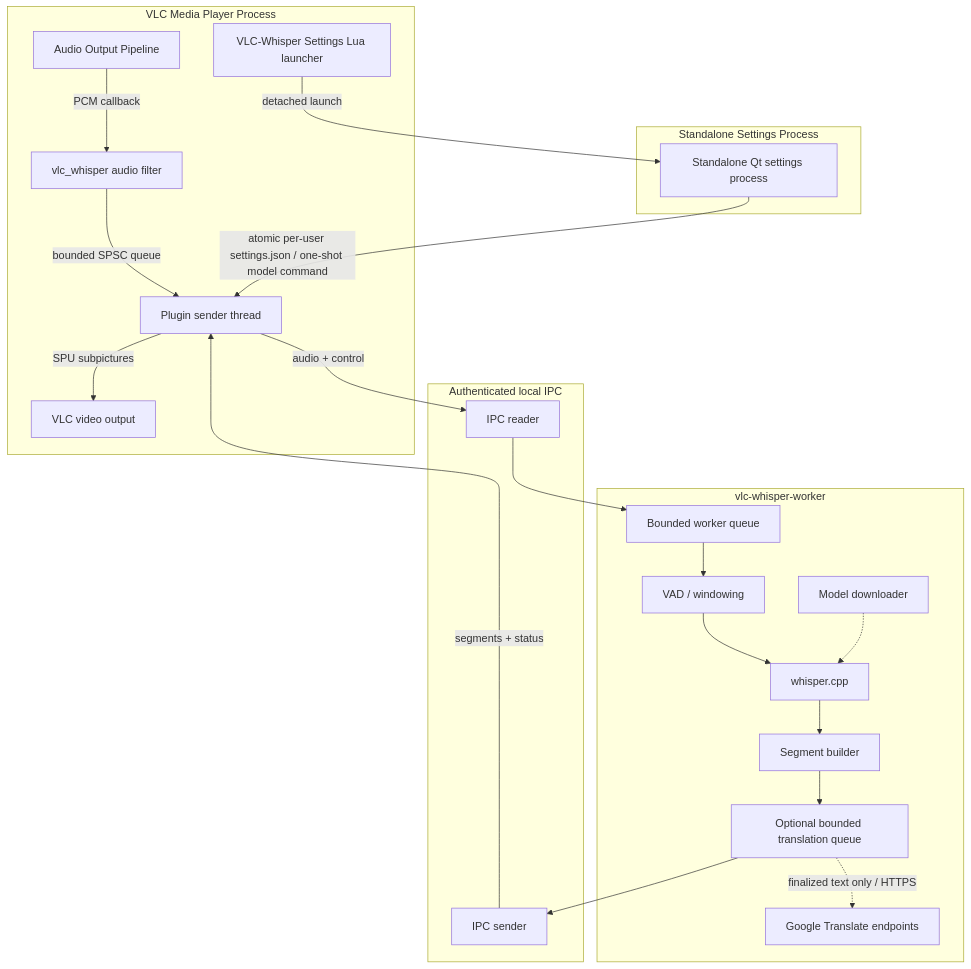
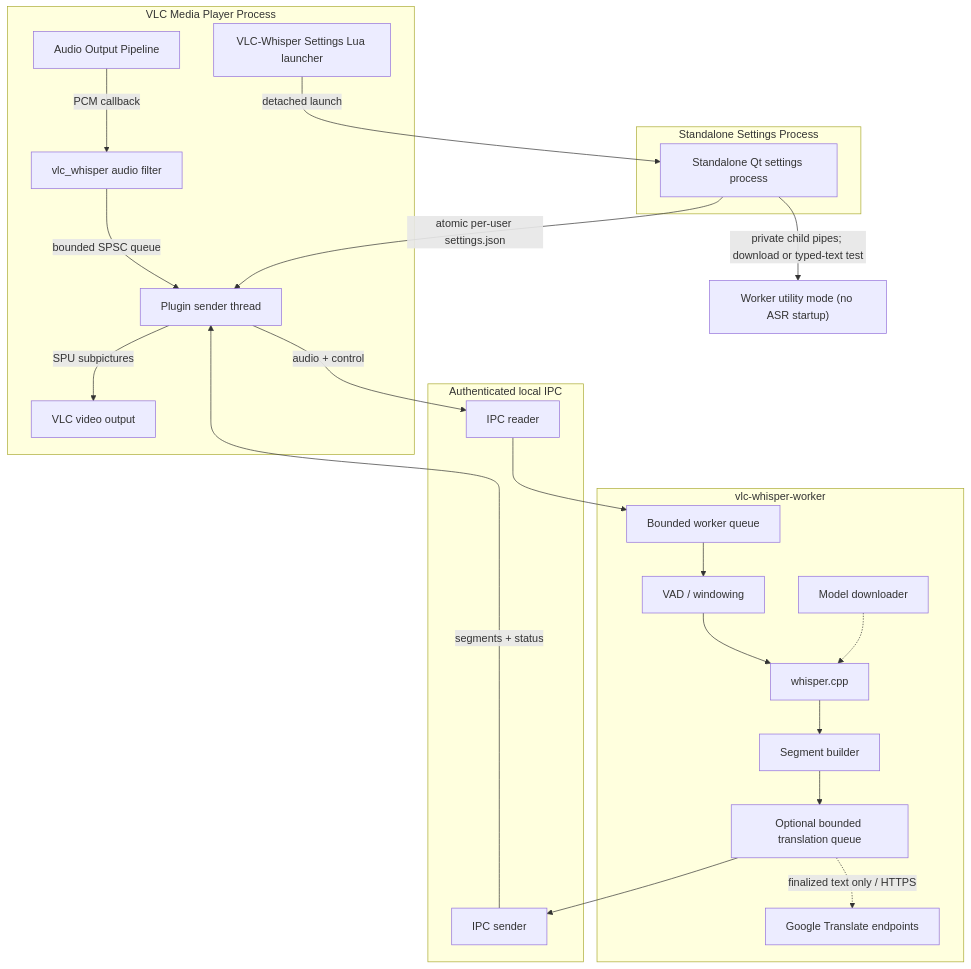
Before and after one commit to rzv04/vlc-whisper: the diagram in README.md, drawn with Mermaid. The commit also changed other lines of this file and 17 other files, not shown here.

````diff
--- a/README.md
+++ b/README.md
@@ -167,32 +168,33 @@
 ```mermaid
 flowchart TB
     subgraph VLC["VLC Media Player Process"]
         AOUT["Audio Output Pipeline"] -->|"PCM callback"| PLUGIN["vlc_whisper audio filter"]
         LUA["VLC-Whisper Settings Lua launcher"]
         PLUGIN -->|"bounded SPSC queue"| SENDER["Plugin sender thread"]
         SENDER -->|"SPU subpictures"| SPU["VLC video output"]
     end
 
     subgraph SETTINGS["Standalone Settings Process"]
         QT["Standalone Qt settings process"]
     end
 
+    QT -->|"private child pipes; download or typed-text test"| UTILITY["Worker utility mode (no ASR startup)"]
     LUA -->|"detached launch"| QT
-    QT -->|"atomic per-user settings.json / one-shot model command"| SENDER
+    QT -->|"atomic per-user settings.json"| SENDER
 
     subgraph IPC["Authenticated local IPC"]
         SENDER -->|"audio + control"| WORKER_IN
         WORKER_OUT -->|"segments + status"| SENDER
     end
 
     subgraph WORKER["vlc-whisper-worker"]
         WORKER_IN["IPC reader"] --> QUEUE["Bounded worker queue"]
         QUEUE --> VAD["VAD / windowing"]
         VAD --> ENGINE["whisper.cpp"]
         ENGINE --> BUILDER["Segment builder"]
         BUILDER --> TRANS["Optional bounded translation queue"]
         TRANS --> WORKER_OUT["IPC sender"]
         DOWNLOADER["Model downloader"] -.-> ENGINE
         TRANS -.->|"finalized text only / HTTPS"| GOOGLE["Google Translate endpoints"]
     end
 ```
````
